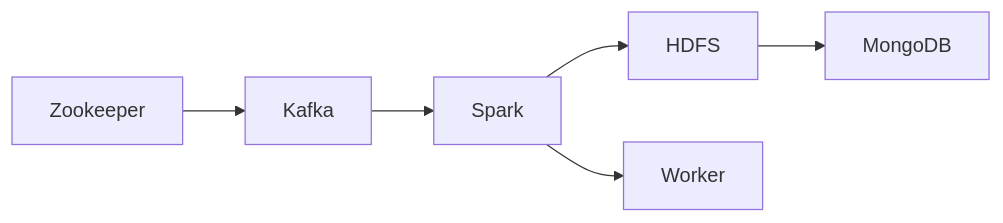
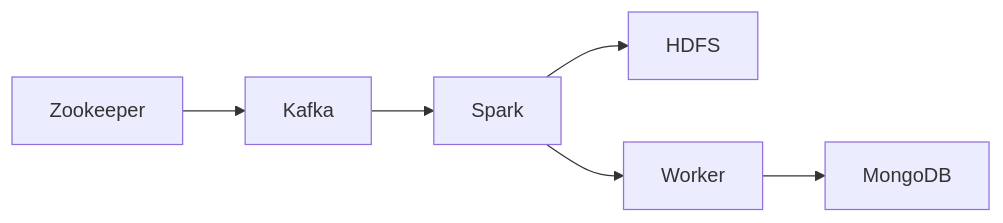
The diagram in README.md (AdnaneAs/Big-Data-Processing-Pipeline), drawn with Mermaid before and after one commit.

Commit message:
Graph fix

````diff
--- a/README.md
+++ b/README.md
@@ -9,8 +9,8 @@
 ```mermaid
 graph LR
     Z[Zookeeper] --> K[Kafka]
     K --> S[Spark]
     S --> H[HDFS]
-    H --> M[MongoDB]
     S --> W[Worker]
+    W --> M[MongoDB]
 ```
````
